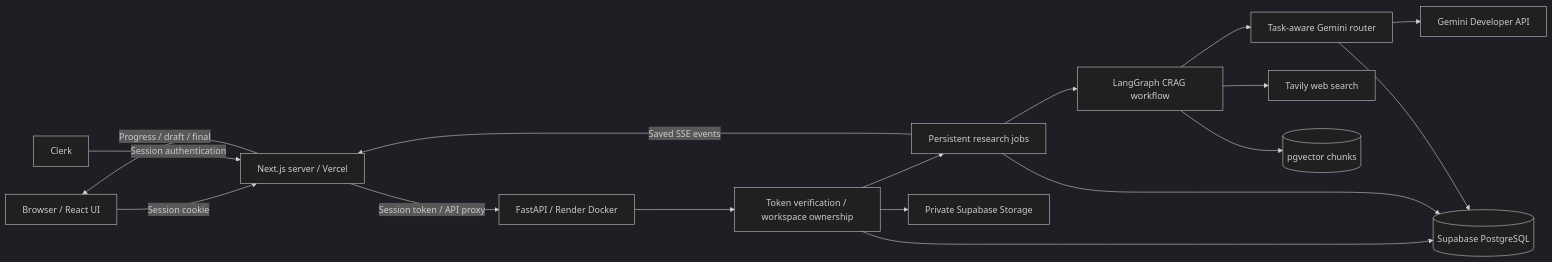
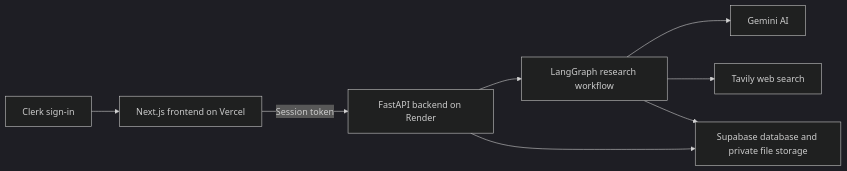
Before and after one commit to Shivasaiyadav08/Crebry-Agentic-CRAG-Research: the second of 2 diagrams in README.md, drawn with Mermaid (dark theme). The commit also changed other lines of this file, not shown here.

Commit message:
Simplify README around the project flow [skip render]

````diff
--- a/README.md
+++ b/README.md
@@ -27,19 +56,10 @@
 ```mermaid
 flowchart LR
-    Browser[Browser / React UI] -->|Session cookie| Next[Next.js server / Vercel]
-    Clerk[Clerk] -->|Session authentication| Next
-    Next -->|Session token / API proxy| API[FastAPI / Render Docker]
-    API --> Auth[Token verification / workspace ownership]
-    Auth --> Jobs[Persistent research jobs]
-    Jobs --> Graph[LangGraph CRAG workflow]
-    Graph --> Router[Task-aware Gemini router]
-    Router --> Gemini[Gemini Developer API]
-    Graph --> Tavily[Tavily web search]
-    Auth --> SQL[(Supabase PostgreSQL)]
-    Jobs --> SQL
-    Router --> SQL
-    Graph --> Vectors[(pgvector chunks)]
-    Auth --> Files[Private Supabase Storage]
-    Jobs -->|Saved SSE events| Next
-    Next -->|Progress / draft / final| Browser
+    Browser[Next.js frontend on Vercel] -->|Session token| API[FastAPI backend on Render]
+    Clerk[Clerk sign-in] --> Browser
+    API --> Workflow[LangGraph research workflow]
+    Workflow --> Gemini[Gemini AI]
+    Workflow --> Tavily[Tavily web search]
+    API --> Supabase[Supabase database and private file storage]
+    Workflow --> Supabase
 ```
````
